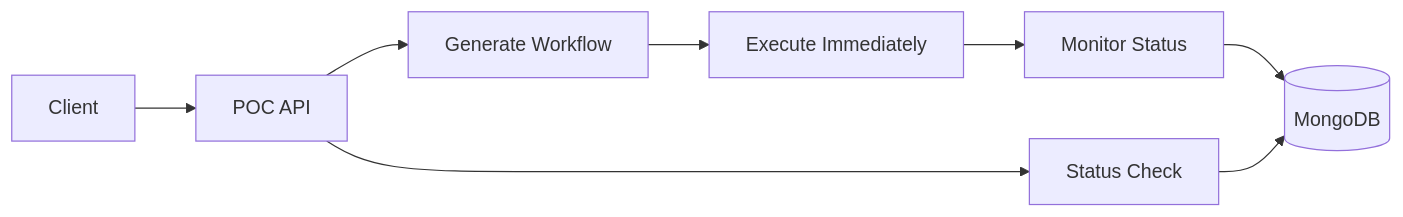
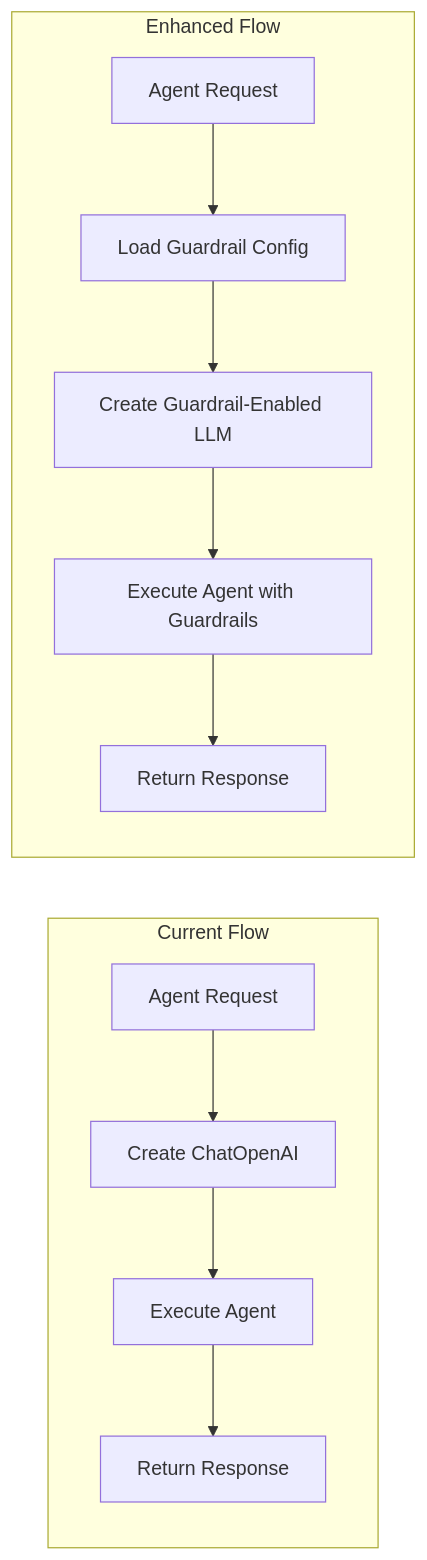
One commit to lkiitkgp/new-repo changed the second of 2 diagrams in README.md. Above: the diagram before and after it, drawn with Mermaid. The commit also changed other lines of this file, not shown here.

````diff
--- a/README.md
+++ b/README.md
@@ -11,10 +570,15 @@
 ```mermaid
 graph LR
-    CLIENT[Client] --> API[POC API]
-    API --> GEN[Generate Workflow]
-    GEN --> EXE[Execute Immediately]
-    EXE --> MON[Monitor Status]
-    MON --> DB[(MongoDB)]
-    API --> STATUS[Status Check]
-    STATUS --> DB
+    subgraph "Current Flow"
+        A[Agent Request] --> B[Create ChatOpenAI]
+        B --> C[Execute Agent]
+        C --> D[Return Response]
+    end
+    
+    subgraph "Enhanced Flow"
+        A1[Agent Request] --> B1[Load Guardrail Config]
+        B1 --> C1[Create Guardrail-Enabled LLM]
+        C1 --> D1[Execute Agent with Guardrails]
+        D1 --> E1[Return Response]
+    end
 ```
````
